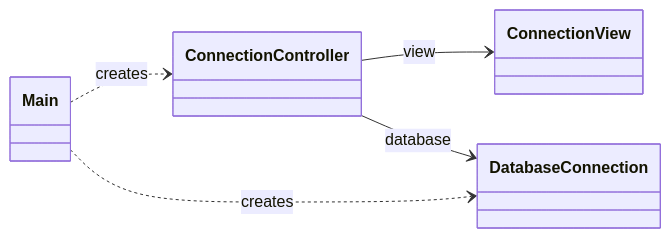
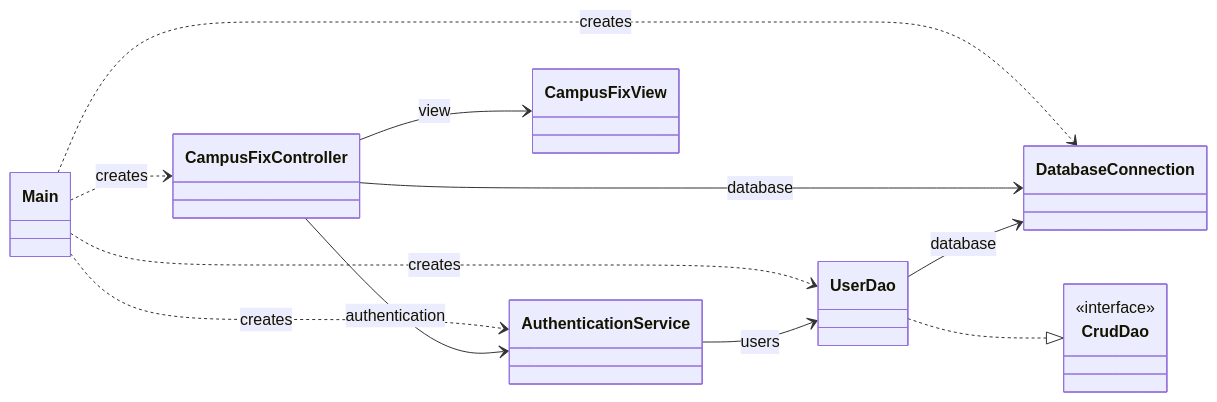
One commit to dfernq/inso-2026-2027-campus-fix changed the diagram in docs/java-desktop.md. Above: the diagram before and after it, drawn with Mermaid. The commit also changed other lines of this file and 18 other files, not shown here.

````diff
--- a/docs/java-desktop.md
+++ b/docs/java-desktop.md
@@ -20,8 +31,17 @@
 ```mermaid
 classDiagram
     direction LR
-    Main ..> ConnectionController : creates
+    class CrudDao {
+        <<interface>>
+    }
+    Main ..> CampusFixController : creates
     Main ..> DatabaseConnection : creates
-    ConnectionController --> ConnectionView : view
-    ConnectionController --> DatabaseConnection : database
+    Main ..> AuthenticationService : creates
+    Main ..> UserDao : creates
+    CampusFixController --> CampusFixView : view
+    CampusFixController --> DatabaseConnection : database
+    CampusFixController --> AuthenticationService : authentication
+    AuthenticationService --> UserDao : users
+    UserDao --> DatabaseConnection : database
+    UserDao ..|> CrudDao
 ```
````
